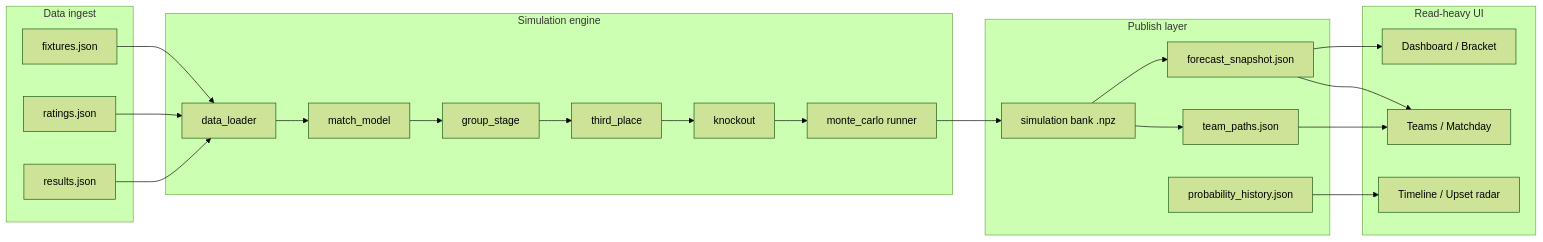
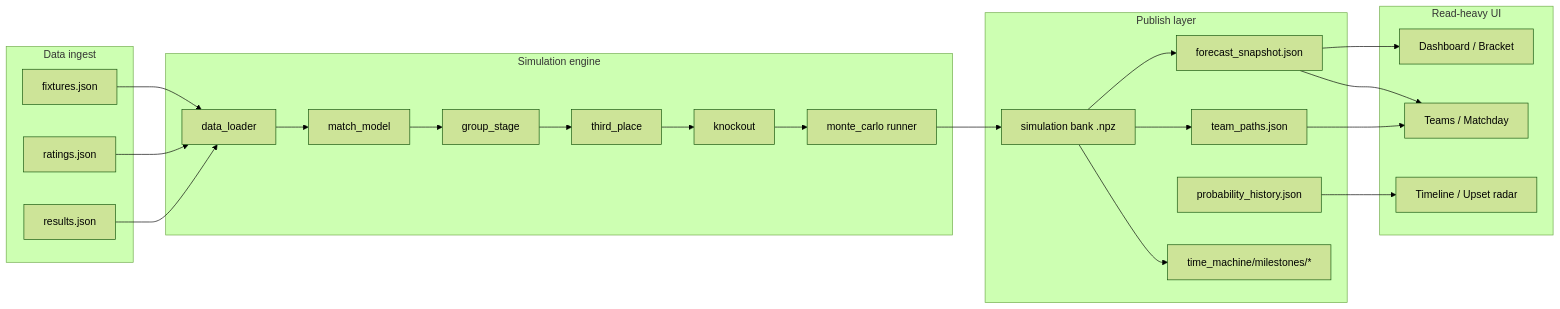
Before and after one commit to harshb16/world-cup-forecast-engine: the diagram in docs/ENGINE.md, drawn with Mermaid (forest theme). The commit also changed other lines of this file and 20 other files, not shown here.

````diff
--- a/docs/ENGINE.md
+++ b/docs/ENGINE.md
@@ -7,43 +7,45 @@
 ```mermaid
 flowchart LR
     subgraph ingest [Data ingest]
         fixtures[fixtures.json]
         ratings[ratings.json]
         results[results.json]
     end
 
     subgraph engine [Simulation engine]
         loader[data_loader]
         model[match_model]
         group[group_stage]
         third[third_place]
         ko[knockout]
         mc[monte_carlo runner]
     end
 
     subgraph publish [Publish layer]
         bank[simulation bank .npz]
         snapshot[forecast_snapshot.json]
         paths[team_paths.json]
         history[probability_history.json]
+        replay[time_machine/milestones/*]
     end
 
     subgraph ui [Read-heavy UI]
         dashboard[Dashboard / Bracket]
         teams[Teams / Matchday]
         analytics[Timeline / Upset radar]
     end
 
     fixtures --> loader
     ratings --> loader
     results --> loader
     loader --> model
     model --> group --> third --> ko --> mc
     mc --> bank
     bank --> snapshot
     bank --> paths
+    bank --> replay
     snapshot --> dashboard
     snapshot --> teams
     paths --> teams
     history --> analytics
 ```
````
